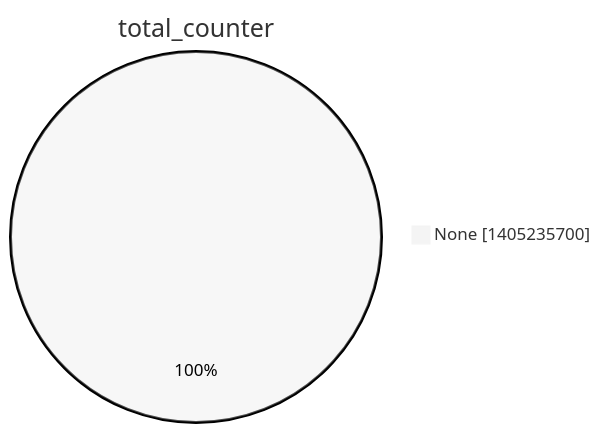
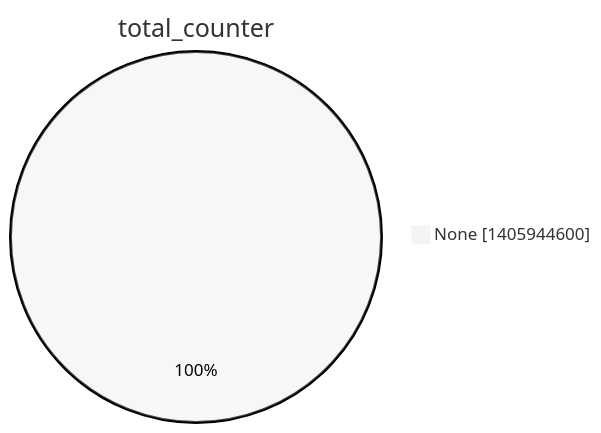
Before and after one commit to christiankrug/ctmonitor_visualization: the second of 15 diagrams in argon2022/README.md, drawn with Mermaid (neutral theme). The commit also changed other lines of this file, not shown here.

````diff
--- a/argon2022/README.md
+++ b/argon2022/README.md
@@ -9,5 +9,5 @@
 ```mermaid
 pie showData
 title total_counter
-"None" :1405235700
+"None" :1405944600
 ```
````
